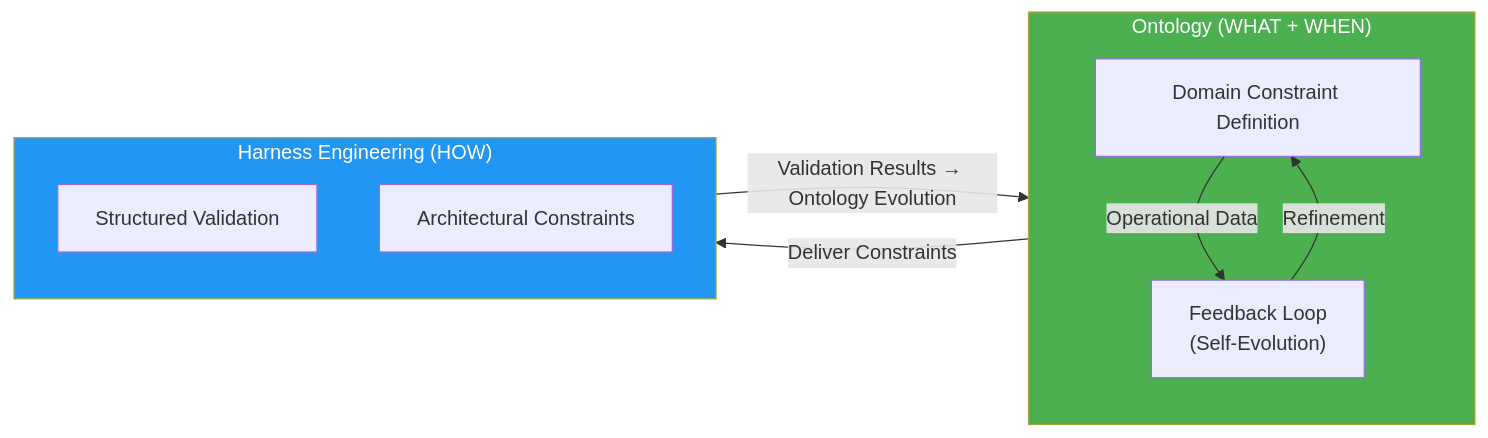
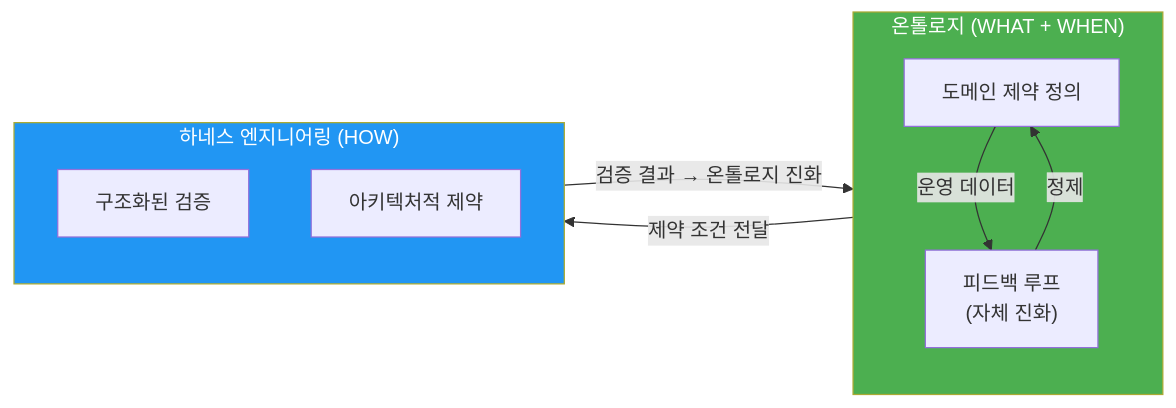
Before and after one commit to devfloor9/engineering-playbook: the second of 8 diagrams in i18n/en/docusaurus-plugin-content-docs/current/aidlc/aidlc-framework.md, drawn with Mermaid. The commit also changed other lines of this file and 95 other files, not shown here.

````diff
--- a/i18n/en/docusaurus-plugin-content-docs/current/aidlc/aidlc-framework.md
+++ b/i18n/en/docusaurus-plugin-content-docs/current/aidlc/aidlc-framework.md
@@ -180,20 +176,20 @@
 ```mermaid
 graph LR
-    subgraph Ontology["Ontology (WHAT + WHEN)"]
-        DEF["Domain Constraint Definition"]
-        FB["Feedback Loop<br/>(Self-Evolution)"]
-        DEF -->|"Operational Data"| FB
-        FB -->|"Refinement"| DEF
-    end
+ subgraph Ontology["온톨로지 (WHAT + WHEN)"]
+ DEF["도메인 제약 정의"]
+ FB["피드백 루프<br/>(자체 진화)"]
+ DEF -->|"운영 데이터"| FB
+ FB -->|"정제"| DEF
+ end
 
-    subgraph Harness["Harness Engineering (HOW)"]
-        VAL["Structured Validation"]
-        ARCH["Architectural Constraints"]
-    end
+ subgraph Harness["하네스 엔지니어링 (HOW)"]
+ VAL["구조화된 검증"]
+ ARCH["아키텍처적 제약"]
+ end
 
-    Ontology -->|"Deliver Constraints"| Harness
-    Harness -->|"Validation Results → Ontology Evolution"| Ontology
+ Ontology -->|"제약 조건 전달"| Harness
+ Harness -->|"검증 결과 → 온톨로지 진화"| Ontology
 
-    style Ontology fill:#4caf50,color:#fff
-    style Harness fill:#2196f3,color:#fff
+ style Ontology fill:#4caf50,color:#fff
+ style Harness fill:#2196f3,color:#fff
 ```
````
